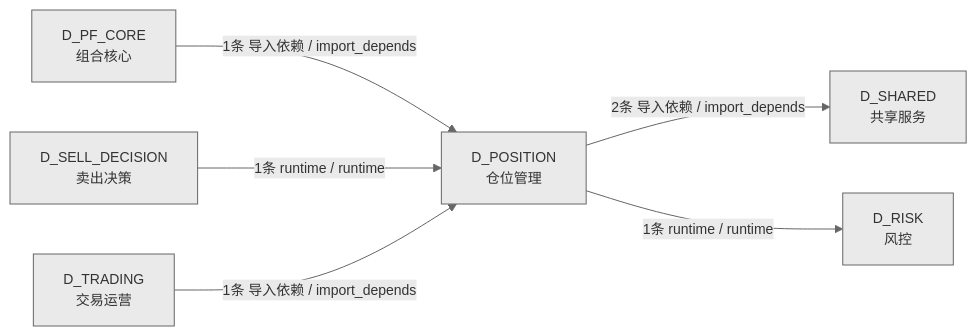
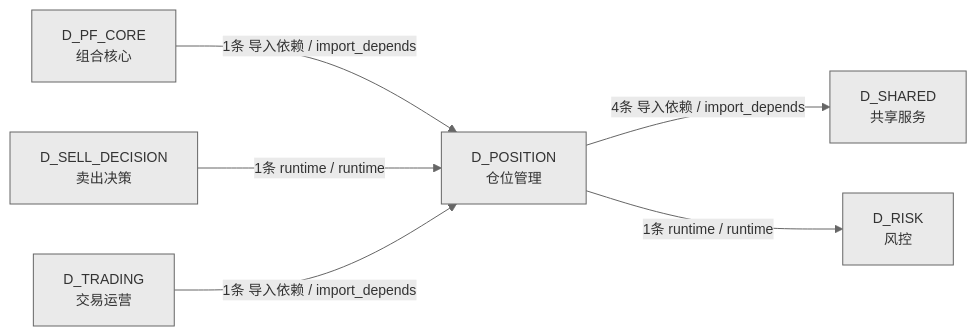
Before and after one commit to xuanFelixVan/ZephyrAlpha: the fourth of 4 diagrams in docs/02_enterprise_architecture/02_domain_architecture_docs/64_d_position.md, drawn with Mermaid. The commit also changed other lines of this file and 58 other files, not shown here.

````diff
--- a/docs/02_enterprise_architecture/02_domain_architecture_docs/64_d_position.md
+++ b/docs/02_enterprise_architecture/02_domain_architecture_docs/64_d_position.md
@@ -177,15 +181,15 @@
 ```mermaid
 %%{init: {'theme': 'base', 'themeVariables': {'primaryColor': '#eaeaea', 'primaryTextColor': '#333333', 'primaryBorderColor': '#666666', 'lineColor': '#666666', 'secondaryColor': '#eaeaea', 'tertiaryColor': '#eaeaea', 'fontSize': '14px'}}}%%
 graph LR
     D_POSITION["D_POSITION<br/>仓位管理"]
     D_SHARED["D_SHARED<br/>共享服务"]
     D_RISK["D_RISK<br/>风控"]
     D_PF_CORE["D_PF_CORE<br/>组合核心"]
     D_SELL_DECISION["D_SELL_DECISION<br/>卖出决策"]
     D_TRADING["D_TRADING<br/>交易运营"]
-    D_POSITION -->|2条 导入依赖 / import_depends| D_SHARED
+    D_POSITION -->|4条 导入依赖 / import_depends| D_SHARED
     D_POSITION -->|1条 runtime / runtime| D_RISK
     D_PF_CORE -->|1条 导入依赖 / import_depends| D_POSITION
     D_SELL_DECISION -->|1条 runtime / runtime| D_POSITION
     D_TRADING -->|1条 导入依赖 / import_depends| D_POSITION
 ```
````
